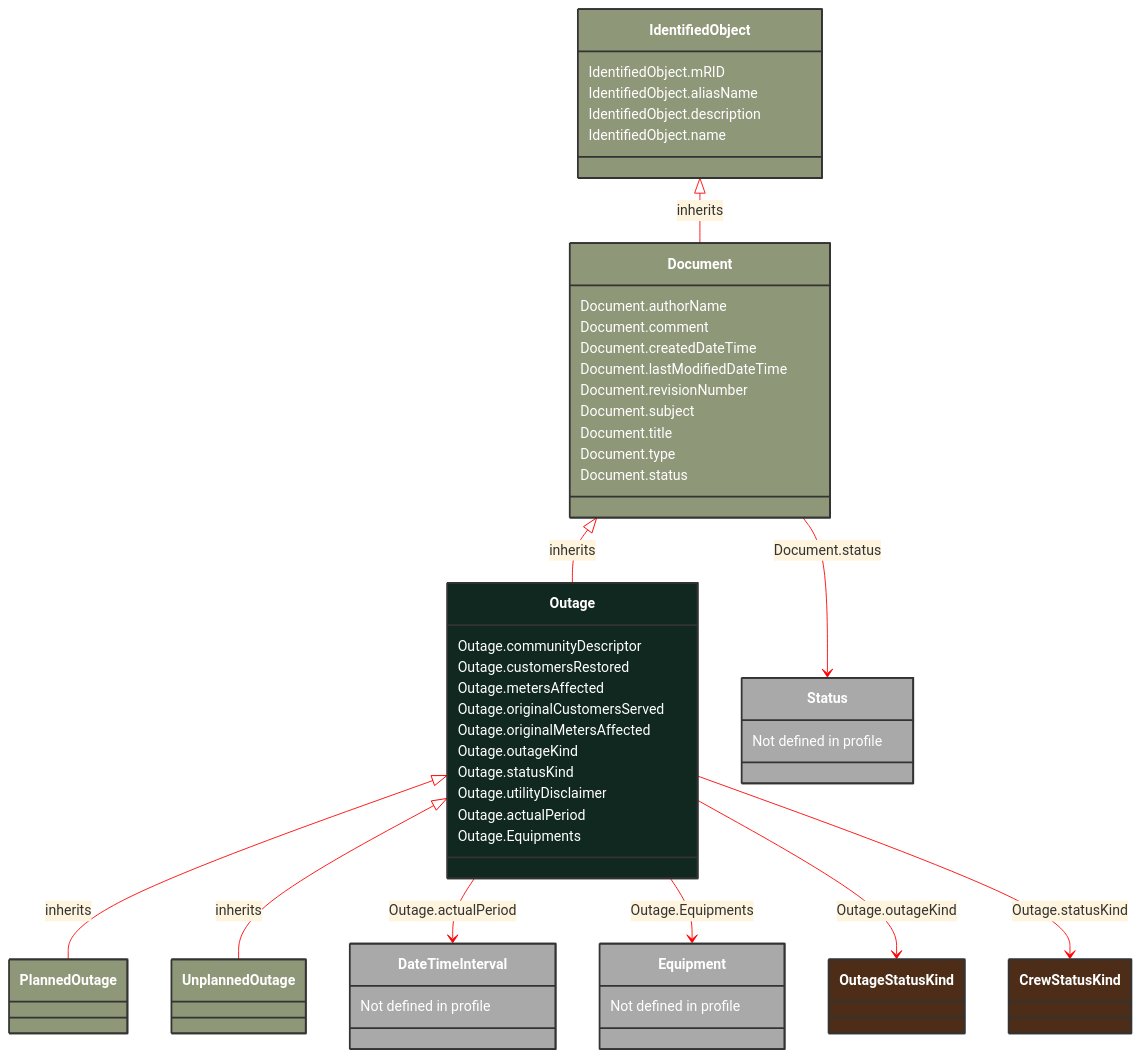
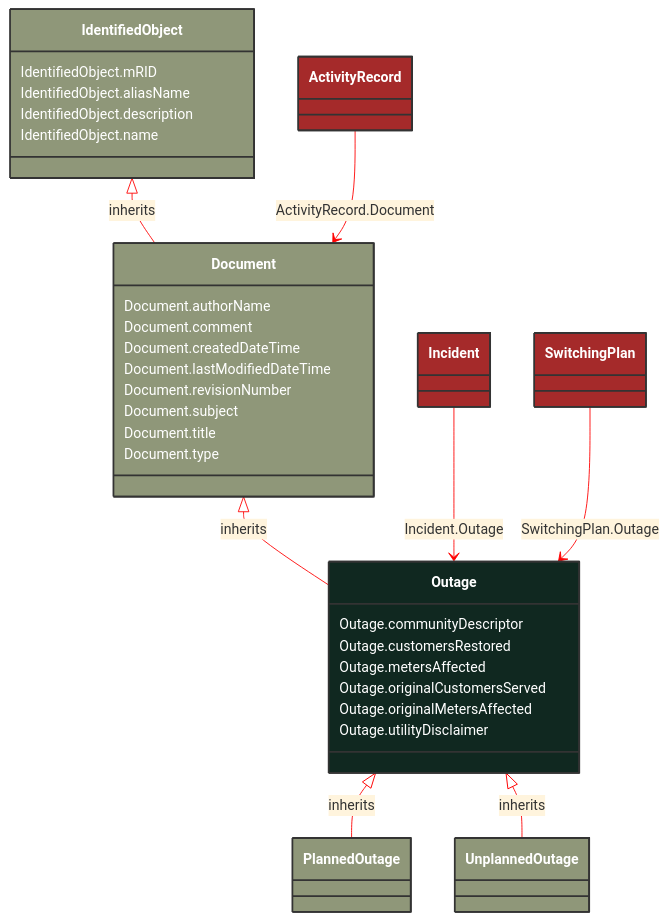
Before and after one commit to 3lbits/NoCIMExtensions: the diagram in docs/Models/Profiles/Outage/AbstractClasses/Outage.md, drawn with Mermaid. The commit also changed other lines of this file and 18 other files, not shown here.

````diff
--- a/docs/Models/Profiles/Outage/AbstractClasses/Outage.md
+++ b/docs/Models/Profiles/Outage/AbstractClasses/Outage.md
@@ -10,81 +10,66 @@
 ```mermaid
 %%{init: {'theme':'base','themeVariables': {'lineColor': '#FF0000'}}}%%
 classDiagram
     class Outage
     click Outage href "/Models/Profiles/Outage/AbstractClasses/Outage/"
     style Outage fill:#102820,stroke:#333,stroke-width:2px,rx:10,ry:10,color:white
 
         Outage <|-- PlannedOutage : inherits
 
         PlannedOutage
             click PlannedOutage href "/Models/Profiles/Outage/AbstractClasses/PlannedOutage/"
             style PlannedOutage fill:#8F9779,stroke:#333,stroke-width:2px,rx:10,ry:10,color:white
 
         Outage <|-- UnplannedOutage : inherits
 
         UnplannedOutage
             click UnplannedOutage href "/Models/Profiles/Outage/AbstractClasses/UnplannedOutage/"
             style UnplannedOutage fill:#8F9779,stroke:#333,stroke-width:2px,rx:10,ry:10,color:white
      
         Document <|-- Outage : inherits
             click Document href "/Models/Profiles/Outage/AbstractClasses/Document/"
             style Document fill:#8F9779,stroke:#333,stroke-width:2px,rx:10,ry:10,color:white
      
         IdentifiedObject <|-- Document : inherits
             click IdentifiedObject href "/Models/Profiles/Outage/AbstractClasses/IdentifiedObject/"
             style IdentifiedObject fill:#8F9779,stroke:#333,stroke-width:2px,rx:10,ry:10,color:white
 
-        Outage --> DateTimeInterval : Outage.actualPeriod
 
-        DateTimeInterval : Not defined in profile
+        ActivityRecord --> Document : ActivityRecord.Document
 
-        DateTimeInterval
-            style DateTimeInterval fill:#A9A9A9,stroke:#333,stroke-width:2px,rx:10,ry:10,color:white
-        Outage --> Equipment : Outage.Equipments
+        ActivityRecord
+            click ActivityRecord href "/Models/Profiles/Outage/AbstractClasses/ActivityRecord/"
+            style ActivityRecord fill:#A52A2A,stroke:#333,stroke-width:2px,rx:10,ry:10,color:white
 
-        Equipment : Not defined in profile
+        Incident --> Outage : Incident.Outage
 
-        Equipment
-            style Equipment fill:#A9A9A9,stroke:#333,stroke-width:2px,rx:10,ry:10,color:white
-        Document --> Status : Document.status
+        Incident
+            click Incident href "/Models/Profiles/Outage/AbstractClasses/Incident/"
+            style Incident fill:#A52A2A,stroke:#333,stroke-width:2px,rx:10,ry:10,color:white
 
-        Status : Not defined in profile
+        SwitchingPlan --> Outage : SwitchingPlan.Outage
 
-        Status
-            style Status fill:#A9A9A9,stroke:#333,stroke-width:2px,rx:10,ry:10,color:white
+        SwitchingPlan
+            click SwitchingPlan href "/Models/Profiles/Outage/AbstractClasses/SwitchingPlan/"
+            style SwitchingPlan fill:#A52A2A,stroke:#333,stroke-width:2px,rx:10,ry:10,color:white
 
-        Outage --> OutageStatusKind : Outage.outageKind
-
-        OutageStatusKind
-            click OutageStatusKind href "/Models/Profiles/Outage/Enumerations/OutageStatusKind/"
-            style OutageStatusKind fill:#4D2D18,stroke:#333,stroke-width:2px,rx:10,ry:10,color:white
-        Outage --> CrewStatusKind : Outage.statusKind
-
-        CrewStatusKind
-            click CrewStatusKind href "/Models/Profiles/Outage/Enumerations/CrewStatusKind/"
-            style CrewStatusKind fill:#4D2D18,stroke:#333,stroke-width:2px,rx:10,ry:10,color:white
 
         Outage : Outage.communityDescriptor
         Outage : Outage.customersRestored
         Outage : Outage.metersAffected
         Outage : Outage.originalCustomersServed
         Outage : Outage.originalMetersAffected
-        Outage : Outage.outageKind
-        Outage : Outage.statusKind
         Outage : Outage.utilityDisclaimer
-        Outage : Outage.actualPeriod
-        Outage : Outage.Equipments
         Document : Document.authorName
         Document : Document.comment
         Document : Document.createdDateTime
         Document : Document.lastModifiedDateTime
         Document : Document.revisionNumber
         Document : Document.subject
         Document : Document.title
         Document : Document.type
-        Document : Document.status
         IdentifiedObject : IdentifiedObject.mRID
         IdentifiedObject : IdentifiedObject.aliasName
         IdentifiedObject : IdentifiedObject.description
         IdentifiedObject : IdentifiedObject.name
 ```
````
